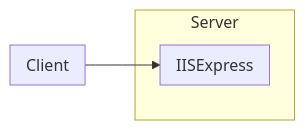
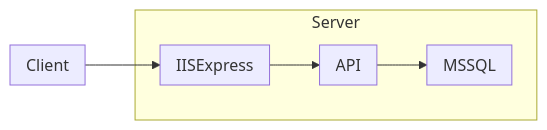
Before and after one commit to tsolenthaler/zbw-sad-carrent2124: the fifth of 5 diagrams in README.md, drawn with Mermaid.

Commit message:
update Deplyoment View

````diff
--- a/README.md
+++ b/README.md
@@ -140,12 +140,18 @@
 ```mermaid
 flowchart LR
     subgraph Client
 
     end
     subgraph Server
         subgraph IISExpress
         end
+        subgraph API
+        end
+        subgraph MSSQL
+        end
     end
-    
+
     Client --> IISExpress
+    IISExpress --> API
+    API --> MSSQL
 ```
````
